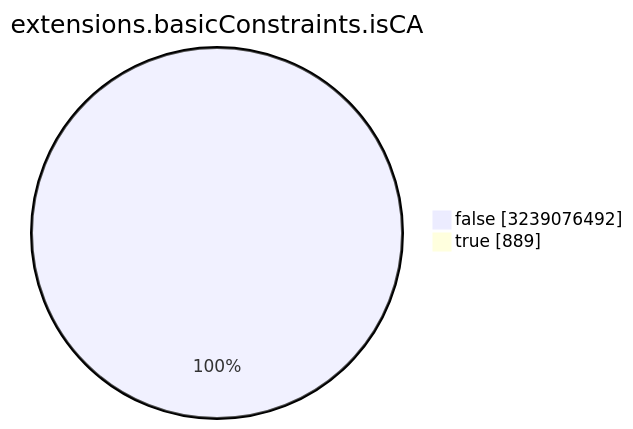
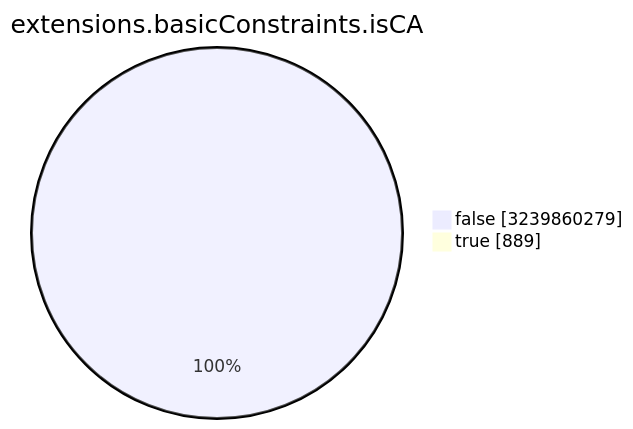
The seventh of 15 diagrams in TOTAL/README.md (christiankrug/ctmonitor_visualization), drawn with Mermaid before and after one commit. The commit also changed other lines of this file, not shown here.

````diff
--- a/TOTAL/README.md
+++ b/TOTAL/README.md
@@ -3088,6 +3088,6 @@
 ```mermaid
 pie showData
 title extensions.basicConstraints.isCA
-"false" :3239076492
+"false" :3239860279
 "true" :889
 ```
````
